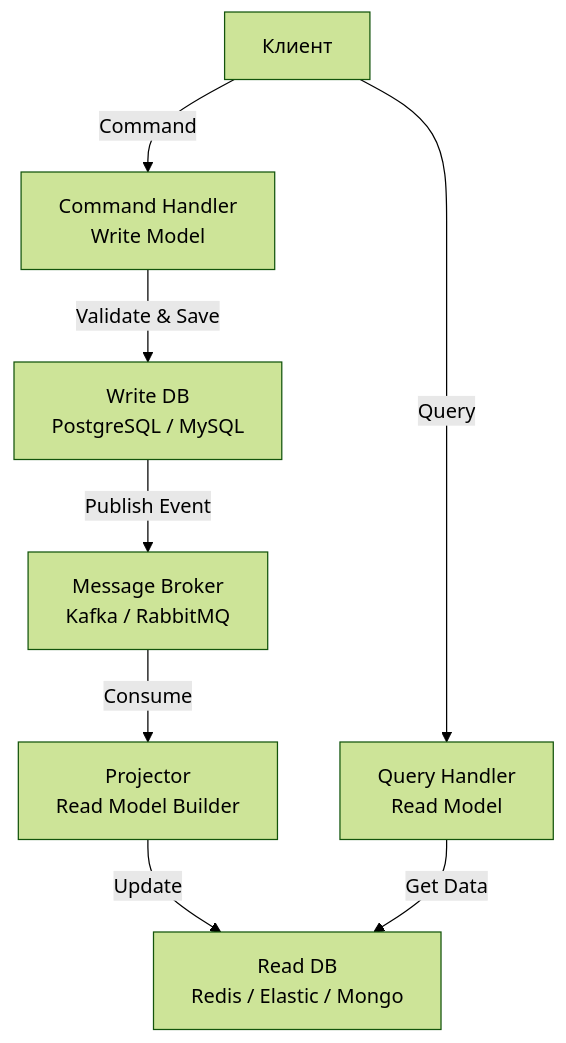
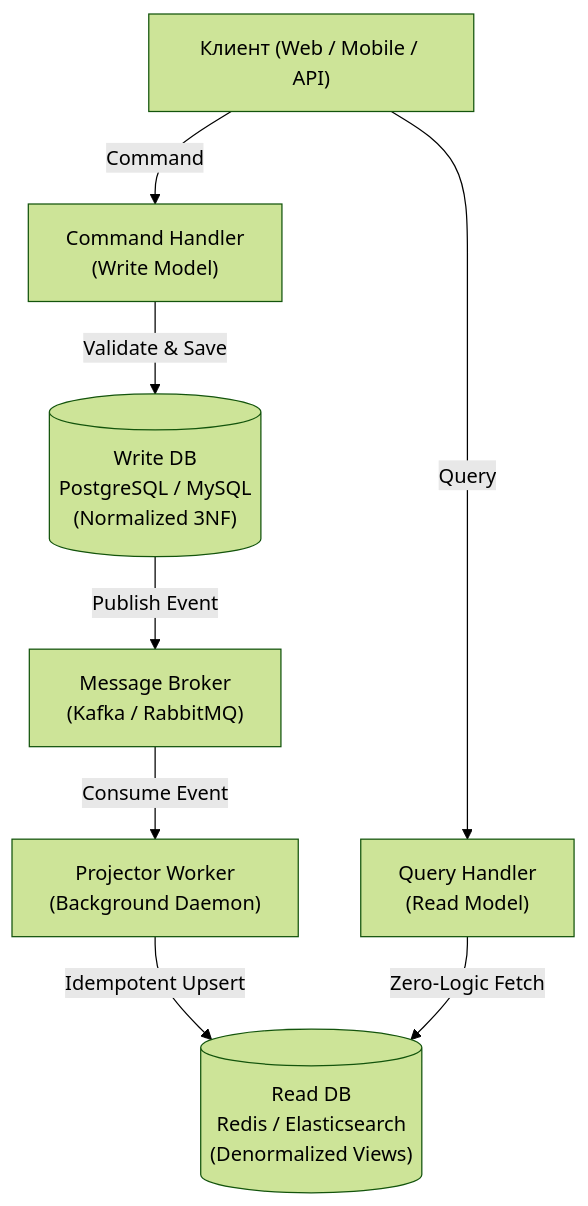
One commit to UnrealTemplier/go-textbook changed the diagram in sources/14. Распределенные системы на Go/09. Паттерны/2. CQRS.md. Above: the diagram before and after it, drawn with Mermaid (forest theme). The commit also changed other lines of this file, not shown here.

````diff
--- a/sources/14. Распределенные системы на Go/09. Паттерны/2. CQRS.md
+++ b/sources/14. Распределенные системы на Go/09. Паттерны/2. CQRS.md
@@ -31,12 +43,12 @@
 ```mermaid
 flowchart TD
-    Client["Клиент"] -->|Command| CmdHandler["Command Handler<br>Write Model"]
-    CmdHandler -->|Validate & Save| WriteDB["Write DB<br>PostgreSQL / MySQL"]
-    WriteDB -->|Publish Event| EventBus["Message Broker<br>Kafka / RabbitMQ"]
+    Client["Клиент (Web / Mobile / API)"] -->|Command| CmdHandler["Command Handler<br>(Write Model)"]
+    CmdHandler -->|Validate & Save| WriteDB[("Write DB<br>PostgreSQL / MySQL<br>(Normalized 3NF)")]
+    WriteDB -->|Publish Event| EventBus["Message Broker<br>(Kafka / RabbitMQ)"]
     
-    EventBus -->|Consume| Projector["Projector<br>Read Model Builder"]
-    Projector -->|Update| ReadDB["Read DB<br>Redis / Elastic / Mongo"]
+    EventBus -->|Consume Event| Projector["Projector Worker<br>(Background Daemon)"]
+    Projector -->|Idempotent Upsert| ReadDB[("Read DB<br>Redis / Elasticsearch<br>(Denormalized Views)")]
     
-    Client -->|Query| QueryHandler["Query Handler<br>Read Model"]
-    QueryHandler -->|Get Data| ReadDB
+    Client -->|Query| QueryHandler["Query Handler<br>(Read Model)"]
+    QueryHandler -->|Zero-Logic Fetch| ReadDB
 ```
````
